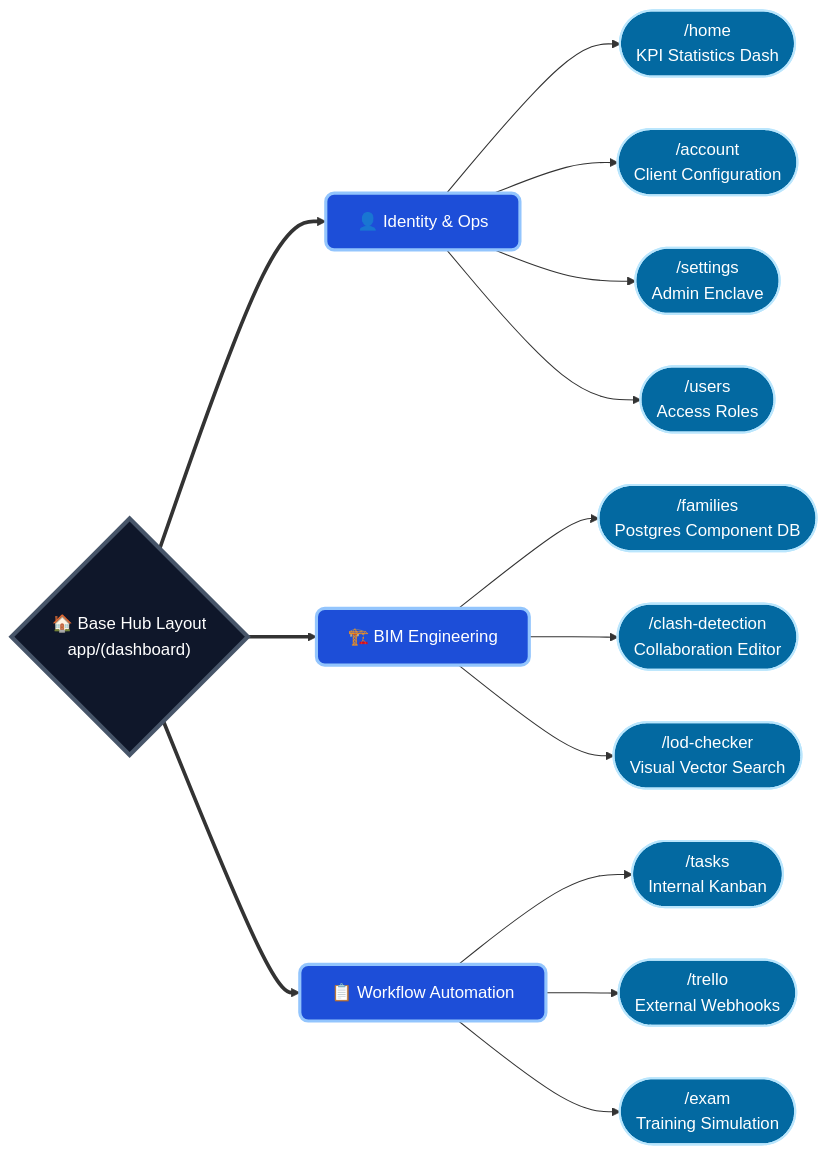
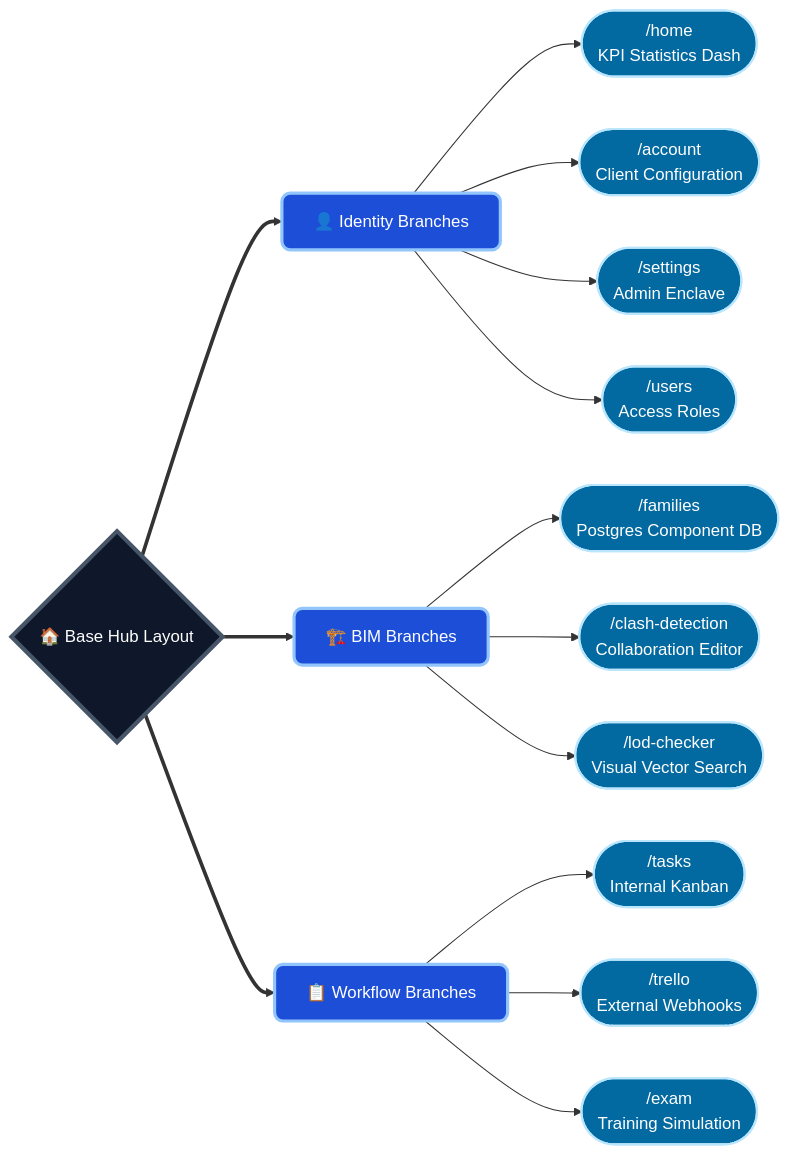
Before and after one commit to lecgarq/Dashboard: the second of 3 diagrams in .gsd/ARCHITECTURE.md, drawn with Mermaid. The commit also changed other lines of this file, not shown here.

Commit message:
docs: harden mermaid grammar to ensure legacy parser compatibility

````diff
--- a/.gsd/ARCHITECTURE.md
+++ b/.gsd/ARCHITECTURE.md
@@ -73,30 +73,30 @@
 ```mermaid
 flowchart LR
     %% Modern Branch Styling
     classDef root fill:#0f172a,stroke:#475569,stroke-width:4px,color:#fff
     classDef page fill:#0369a1,stroke:#bae6fd,stroke-width:2px,color:#fff,rx:8,ry:8
     classDef feature fill:#1d4ed8,stroke:#93c5fd,stroke-width:3px,color:#fff,rx:8,ry:8
 
-    Root{"🏠 Base Hub Layout\napp/(dashboard)"}:::root
+    Root{"🏠 Base Hub Layout"}:::root
 
     %% Primary Branches
-    Root ==> B1["👤 Identity & Ops"]:::feature
-    Root ==> B2["🏗️ BIM Engineering"]:::feature
-    Root ==> B3["📋 Workflow Automation"]:::feature
+    Root ==> B1["👤 Identity Branches"]:::feature
+    Root ==> B2["🏗️ BIM Branches"]:::feature
+    Root ==> B3["📋 Workflow Branches"]:::feature
 
     %% Identity
     B1 --> P_Home(["/home\nKPI Statistics Dash"]):::page
     B1 --> P_Account(["/account\nClient Configuration"]):::page
     B1 --> P_Settings(["/settings\nAdmin Enclave"]):::page
     B1 --> P_Users(["/users\nAccess Roles"]):::page
 
     %% BIM
     B2 --> P_Families(["/families\nPostgres Component DB"]):::page
     B2 --> P_Clash(["/clash-detection\nCollaboration Editor"]):::page
     B2 --> P_LOD(["/lod-checker\nVisual Vector Search"]):::page
 
     %% Workflow
     B3 --> P_Tasks(["/tasks\nInternal Kanban"]):::page
     B3 --> P_Trello(["/trello\nExternal Webhooks"]):::page
     B3 --> P_Exam(["/exam\nTraining Simulation"]):::page
 ```
````
